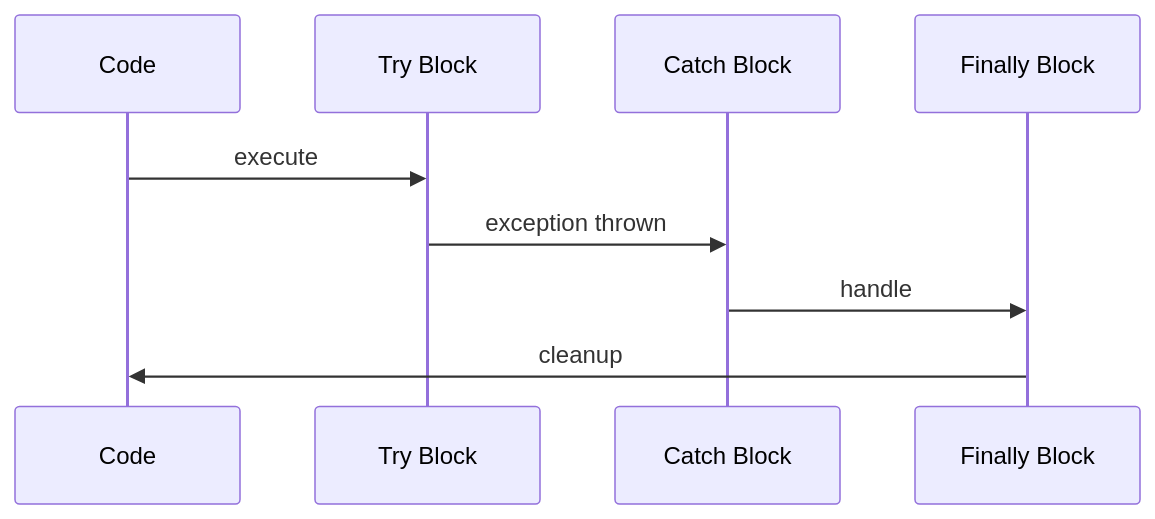
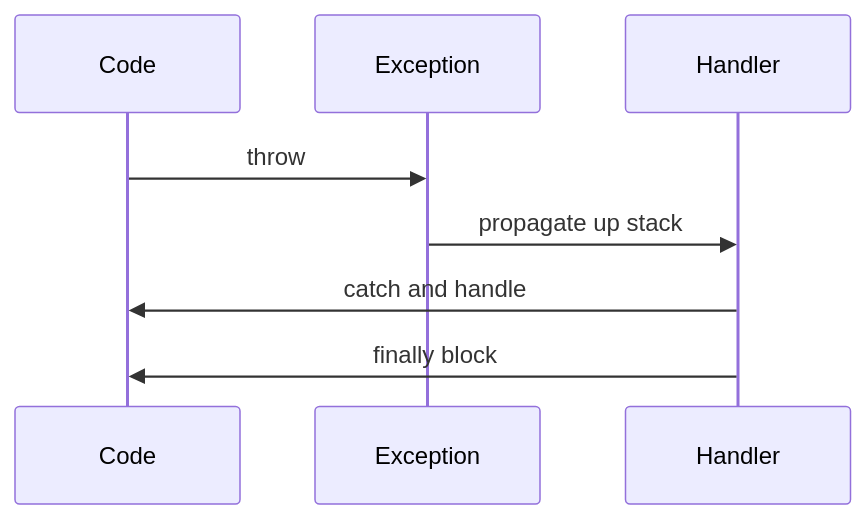
Before and after one commit to VrushankPatel/interview-matters: the diagram in java/exception-handling-and-errors/README.md, drawn with Mermaid. The commit also changed other lines of this file and 8 other files, not shown here.

````diff
--- a/java/exception-handling-and-errors/README.md
+++ b/java/exception-handling-and-errors/README.md
@@ -80,12 +123,11 @@
 ```mermaid
 sequenceDiagram
-    participant Code as Code
-    participant Try as Try Block
-    participant Catch as Catch Block
-    participant Finally as Finally Block
+    participant Code
+    participant Exception
+    participant Handler
 
-    Code->>Try: execute
-    Try->>Catch: exception thrown
-    Catch->>Finally: handle
-    Finally->>Code: cleanup
+    Code->>Exception: throw
+    Exception->>Handler: propagate up stack
+    Handler->>Code: catch and handle
+    Handler->>Code: finally block
 ```
````
